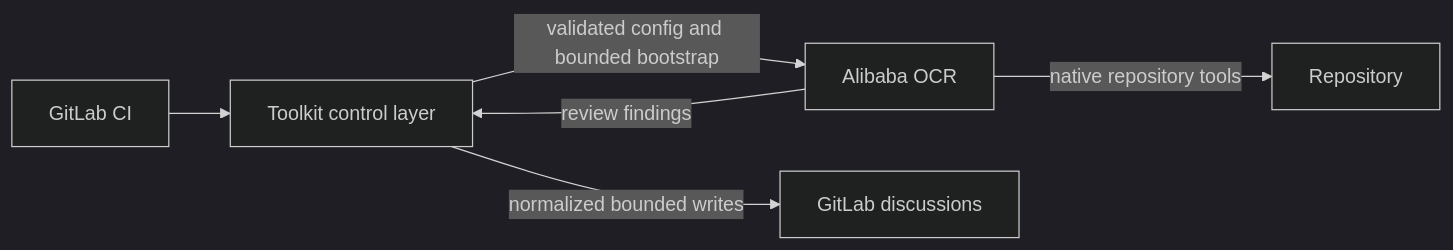
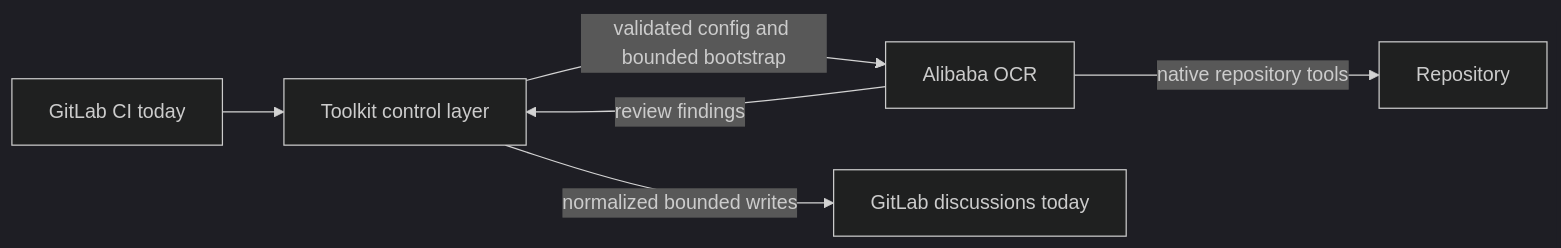
One commit to xeonvs/open-code-review-toolkit changed the first of 2 diagrams in docs/engineering/toolkit_strategy.md. Above: the diagram before and after it, drawn with Mermaid (dark theme). The commit also changed other lines of this file and 101 other files, not shown here.

First line of the commit message:
Release 0.8.0: remediation threads, GitLab commands, and docs (#122)

````diff
--- a/docs/engineering/toolkit_strategy.md
+++ b/docs/engineering/toolkit_strategy.md
@@ -11,8 +11,8 @@
 ```mermaid
 flowchart LR
-    CI[GitLab CI] --> CT[Toolkit control layer]
+    CI[GitLab CI today] --> CT[Toolkit control layer]
     CT -->|validated config and bounded bootstrap| OCR[Alibaba OCR]
     OCR -->|review findings| CT
-    CT -->|normalized bounded writes| GL[GitLab discussions]
+    CT -->|normalized bounded writes| GL[GitLab discussions today]
     OCR -->|native repository tools| REPO[Repository]
 ```
````
